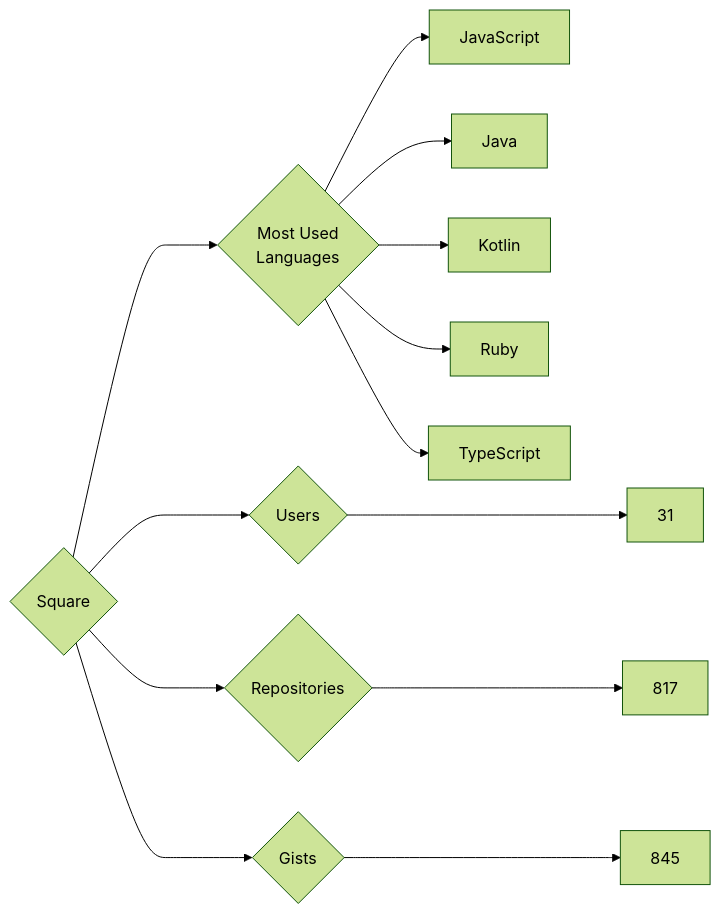
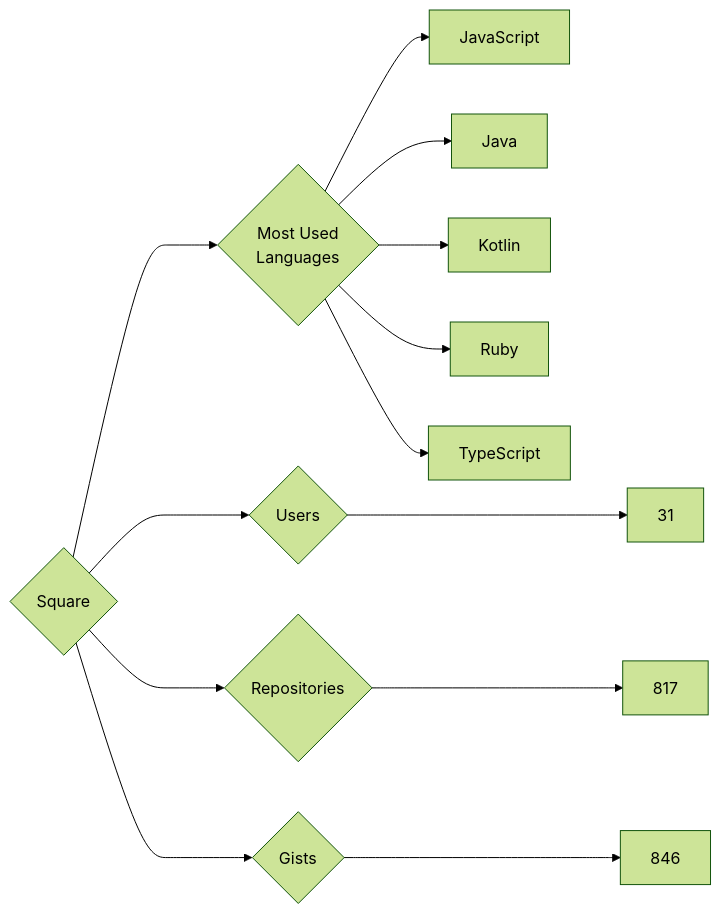
One commit to trickest/insiders changed the diagram in targets/Square/README.md. Above: the diagram before and after it, drawn with Mermaid (forest theme). The commit also changed 796 other files, not shown here.

````diff
--- a/targets/Square/README.md
+++ b/targets/Square/README.md
@@ -3,13 +3,13 @@
 ```mermaid
 graph LR
 COMPANY_NAME{Square}
 COMPANY_NAME ---> U{Users} ---> UN[31]
 COMPANY_NAME ---> R{Repositories} ---> RN[817]
-COMPANY_NAME ---> G{Gists} ---> GN[845]
+COMPANY_NAME ---> G{Gists} ---> GN[846]
 COMPANY_NAME ---> ML{Most Used<br>Languages}
 ML --> JavaScript[JavaScript]
 ML --> Java[Java]
 ML --> Kotlin[Kotlin]
 ML --> Ruby[Ruby]
 ML --> TypeScript[TypeScript]
 ```
````
